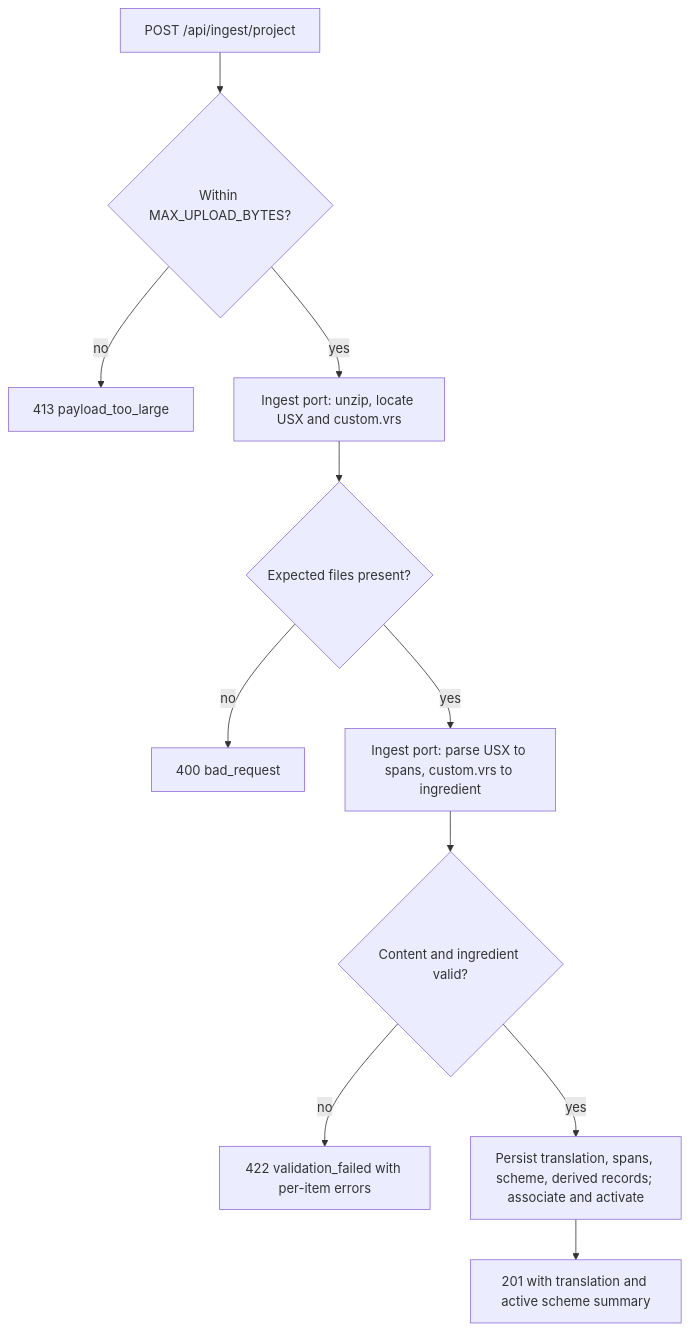
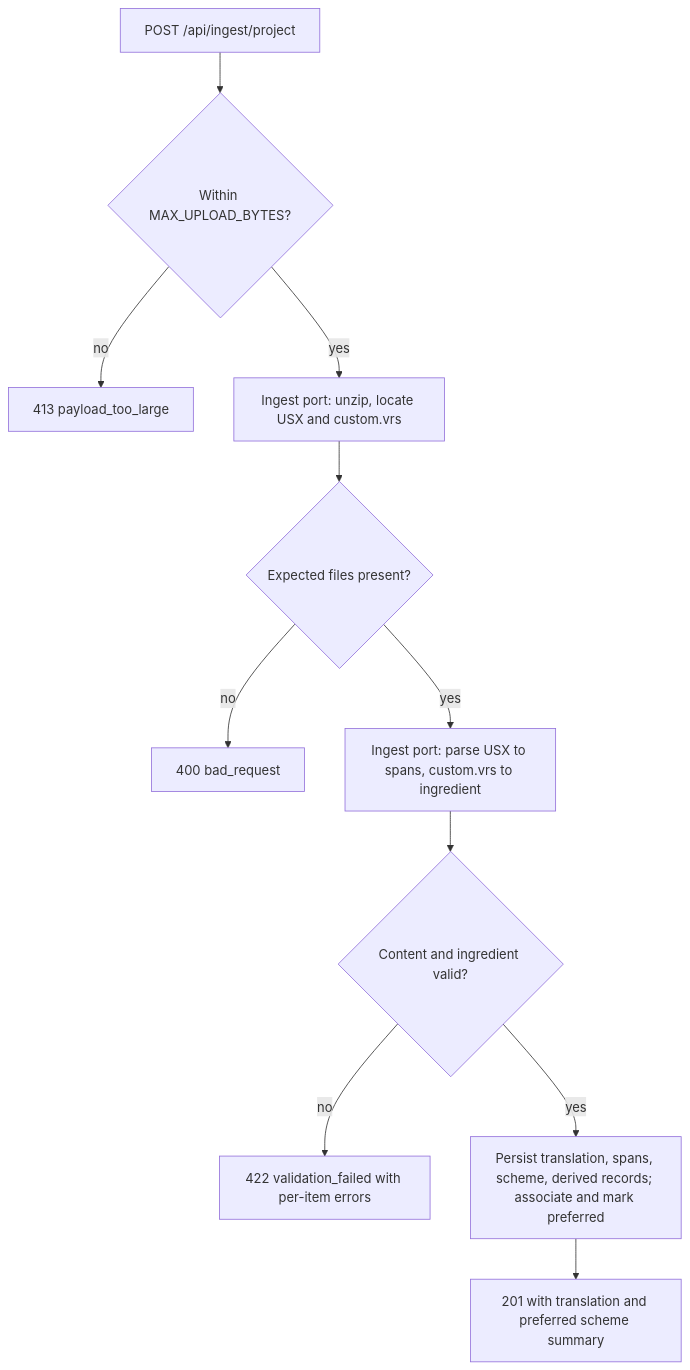
Before and after one commit to genesis-ai-dev/versification-tool: the third of 4 diagrams in .spec/frvt-3-server-db-api-design-1.md, drawn with Mermaid. The commit also changed other lines of this file and 37 other files, not shown here.

````diff
--- a/.spec/frvt-3-server-db-api-design-1.md
+++ b/.spec/frvt-3-server-db-api-design-1.md
@@ -583,13 +631,13 @@
 ```mermaid
 flowchart TD
   up["POST /api/ingest/project"] --> size{"Within MAX_UPLOAD_BYTES?"}
   size -->|no| e413["413 payload_too_large"]
   size -->|yes| unzip["Ingest port: unzip, locate USX and custom.vrs"]
   unzip --> present{"Expected files present?"}
   present -->|no| e400["400 bad_request"]
   present -->|yes| parse["Ingest port: parse USX to spans, custom.vrs to ingredient"]
   parse --> valid{"Content and ingredient valid?"}
   valid -->|no| e422["422 validation_failed with per-item errors"]
-  valid -->|yes| persist["Persist translation, spans, scheme, derived records; associate and activate"]
-  persist --> ok["201 with translation and active scheme summary"]
+  valid -->|yes| persist["Persist translation, spans, scheme, derived records; associate and mark preferred"]
+  persist --> ok["201 with translation and preferred scheme summary"]
 ```
````
